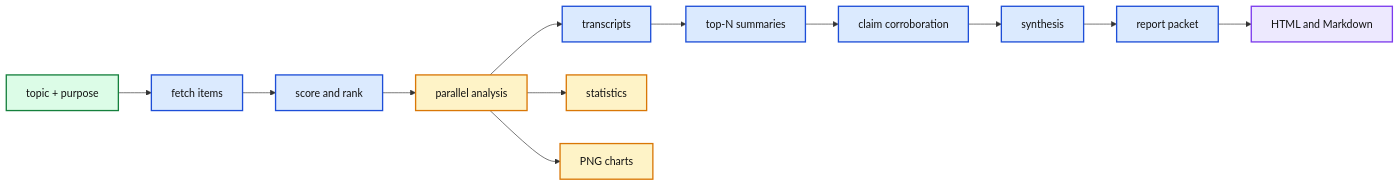
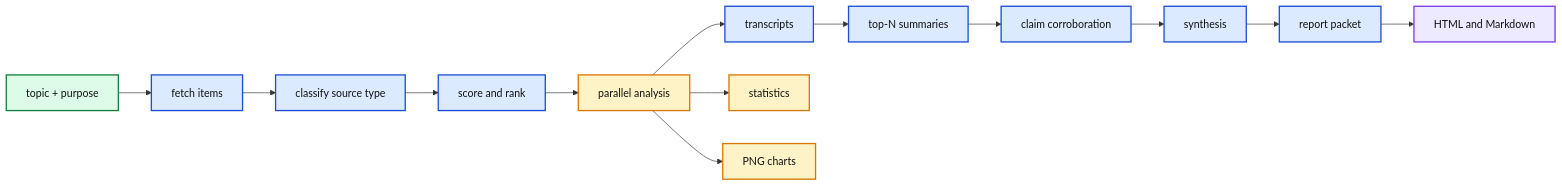
The diagram in docs/diagrams/src/data-flow.mmd (reshinto/social-research-probe), drawn with Mermaid before and after one commit. The commit also changed 6 other files, not shown here.

```diff
--- a/docs/diagrams/src/data-flow.mmd
+++ b/docs/diagrams/src/data-flow.mmd
@@ -1,21 +1,21 @@
 %%{init: {"theme":"base","themeVariables":{"background":"#ffffff","mainBkg":"#ffffff","primaryTextColor":"#111111","lineColor":"#333333","fontFamily":"Arial, sans-serif","clusterBkg":"#ffffff","clusterBorder":"#d0d7de"}}}%%
 flowchart LR
-  Query["topic + purpose"] --> Fetch["fetch items"] --> Score["score and rank"]
+  Query["topic + purpose"] --> Fetch["fetch items"] --> Classify["classify source type"] --> Score["score and rank"]
   Score --> Parallel["parallel analysis"]
   Parallel --> Transcript["transcripts"]
   Parallel --> Stats["statistics"]
   Parallel --> Charts["PNG charts"]
   Transcript --> Summary["top-N summaries"] --> Corroborate["claim corroboration"]
   Corroborate --> Synthesis["synthesis"] --> Assemble["report packet"] --> Render["HTML and Markdown"]
 
   classDef input fill:#dcfce7,stroke:#15803d,color:#111111,stroke-width:2px;
   classDef process fill:#dbeafe,stroke:#1d4ed8,color:#111111,stroke-width:2px;
   classDef analysis fill:#fef3c7,stroke:#d97706,color:#111111,stroke-width:2px;
   classDef external fill:#ccfbf1,stroke:#0f766e,color:#111111,stroke-width:2px;
   classDef output fill:#ede9fe,stroke:#7c3aed,color:#111111,stroke-width:2px;
   classDef config fill:#ffedd5,stroke:#ea580c,color:#111111,stroke-width:2px;
   classDef risk fill:#fee2e2,stroke:#dc2626,color:#111111,stroke-width:2px;
   class Query input;
-  class Fetch,Score,Transcript,Summary,Corroborate,Synthesis,Assemble process;
+  class Fetch,Classify,Score,Transcript,Summary,Corroborate,Synthesis,Assemble process;
   class Parallel,Stats,Charts analysis;
   class Render output;
```
